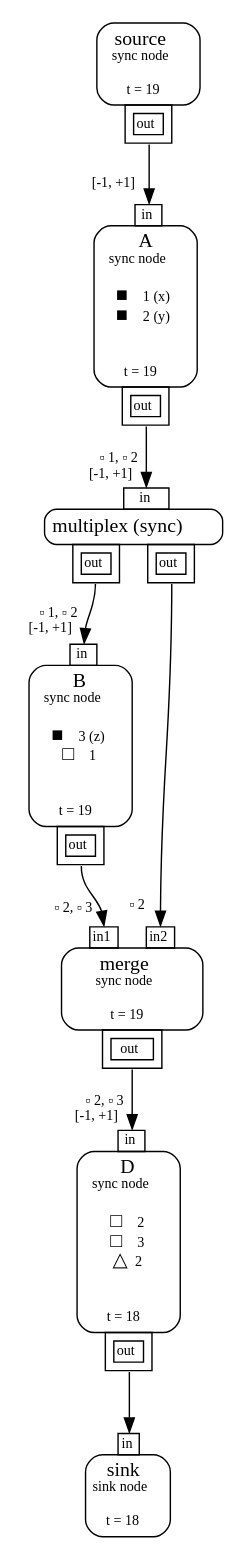
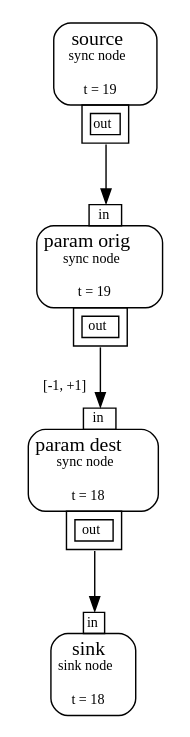
One commit to dbonattoj/mf changed the diagram in gr.gv. Above: the diagram before and after it, drawn with Graphviz. The commit also changed 18 other files, not shown here.

```diff
--- a/gr.gv
+++ b/gr.gv
@@ -1,33 +1,20 @@
 digraph G{
 	rankdir=TB
 	node0 [shape=plaintext label=<
 <TABLE BORDER="0" CELLBORDER="0" CELLSPACING="0" CELLPADDING="0"><TR><TD COLSPAN="1" BORDER="1" STYLE="ROUNDED" CELLPADDING="4" COLOR="black">source<BR/><FONT POINT-SIZE="10">sync node</FONT><BR/><BR/><FONT POINT-SIZE="10">t = 19</FONT></TD></TR><TR><TD COLSPAN="1" BORDER="0"><TABLE BORDER="0" CELLBORDER="0" CELLSPACING="0" CELLPADDING="0"><TR><TD WIDTH="20"></TD><TD BORDER="1" CELLPADDING="3" PORT="out1" COLOR="black"><TABLE BORDER="0" CELLSPACING="2"><TR CELLPADDING="1"><TD BORDER="1" CELLPADDING="1"><FONT POINT-SIZE="10">out</FONT></TD></TR></TABLE></TD><TD WIDTH="20"></TD></TR></TABLE></TD></TR></TABLE>
 >];
 	node2 [shape=plaintext label=<
-<TABLE BORDER="0" CELLBORDER="0" CELLSPACING="0" CELLPADDING="0"><TR><TD WIDTH="20"></TD><TD BORDER="1" CELLPADDING="1" PORT="in3" COLOR="black"><FONT POINT-SIZE="10">in</FONT></TD><TD WIDTH="20"></TD></TR><TR><TD COLSPAN="3" BORDER="1" STYLE="ROUNDED" CELLPADDING="4" COLOR="black">A<BR/><FONT POINT-SIZE="10">sync node</FONT><BR/><BR/>&#x25A0; <FONT POINT-SIZE="10">1 (x)</FONT><BR/>&#x25A0; <FONT POINT-SIZE="10">2 (y)</FONT><BR/><BR/><BR/><FONT POINT-SIZE="10">t = 19</FONT></TD></TR><TR><TD COLSPAN="3" BORDER="0"><TABLE BORDER="0" CELLBORDER="0" CELLSPACING="0" CELLPADDING="0"><TR><TD WIDTH="20"></TD><TD BORDER="1" CELLPADDING="3" PORT="out4" COLOR="black"><TABLE BORDER="0" CELLSPACING="2"><TR CELLPADDING="1"><TD BORDER="1" CELLPADDING="1"><FONT POINT-SIZE="10">out</FONT></TD></TR></TABLE></TD><TD WIDTH="20"></TD></TR></TABLE></TD></TR></TABLE>
+<TABLE BORDER="0" CELLBORDER="0" CELLSPACING="0" CELLPADDING="0"><TR><TD WIDTH="20"></TD><TD BORDER="1" CELLPADDING="1" PORT="in3" COLOR="black"><FONT POINT-SIZE="10">in</FONT></TD><TD WIDTH="20"></TD></TR><TR><TD COLSPAN="3" BORDER="1" STYLE="ROUNDED" CELLPADDING="4" COLOR="black">param orig<BR/><FONT POINT-SIZE="10">sync node</FONT><BR/><BR/><FONT POINT-SIZE="10">t = 19</FONT></TD></TR><TR><TD COLSPAN="3" BORDER="0"><TABLE BORDER="0" CELLBORDER="0" CELLSPACING="0" CELLPADDING="0"><TR><TD WIDTH="20"></TD><TD BORDER="1" CELLPADDING="3" PORT="out4" COLOR="black"><TABLE BORDER="0" CELLSPACING="2"><TR CELLPADDING="1"><TD BORDER="1" CELLPADDING="1"><FONT POINT-SIZE="10">out</FONT></TD></TR></TABLE></TD><TD WIDTH="20"></TD></TR></TABLE></TD></TR></TABLE>
 >];
 	node5 [shape=plaintext label=<
-<TABLE BORDER="0" CELLBORDER="0" CELLSPACING="0" CELLPADDING="0"><TR><TD WIDTH="20"></TD><TD BORDER="1" CELLPADDING="1" PORT="in6" COLOR="black"><FONT POINT-SIZE="10">in</FONT></TD><TD WIDTH="20"></TD></TR><TR><TD COLSPAN="3" BORDER="1" STYLE="ROUNDED" CELLPADDING="4" COLOR="black">multiplex (sync)</TD></TR><TR><TD COLSPAN="3" BORDER="0"><TABLE BORDER="0" CELLBORDER="0" CELLSPACING="0" CELLPADDING="0"><TR><TD WIDTH="20"></TD><TD BORDER="1" CELLPADDING="3" PORT="out7" COLOR="black"><TABLE BORDER="0" CELLSPACING="2"><TR CELLPADDING="1"><TD BORDER="1" CELLPADDING="1"><FONT POINT-SIZE="10">out</FONT></TD></TR></TABLE></TD><TD WIDTH="20"></TD><TD BORDER="1" CELLPADDING="3" PORT="out8" COLOR="black"><TABLE BORDER="0" CELLSPACING="2"><TR CELLPADDING="1"><TD BORDER="1" CELLPADDING="1"><FONT POINT-SIZE="10">out</FONT></TD></TR></TABLE></TD><TD WIDTH="20"></TD></TR></TABLE></TD></TR></TABLE>
+<TABLE BORDER="0" CELLBORDER="0" CELLSPACING="0" CELLPADDING="0"><TR><TD WIDTH="20"></TD><TD BORDER="1" CELLPADDING="1" PORT="in6" COLOR="black"><FONT POINT-SIZE="10">in</FONT></TD><TD WIDTH="20"></TD></TR><TR><TD COLSPAN="3" BORDER="1" STYLE="ROUNDED" CELLPADDING="4" COLOR="black">param dest<BR/><FONT POINT-SIZE="10">sync node</FONT><BR/><BR/><FONT POINT-SIZE="10">t = 18</FONT></TD></TR><TR><TD COLSPAN="3" BORDER="0"><TABLE BORDER="0" CELLBORDER="0" CELLSPACING="0" CELLPADDING="0"><TR><TD WIDTH="20"></TD><TD BORDER="1" CELLPADDING="3" PORT="out7" COLOR="black"><TABLE BORDER="0" CELLSPACING="2"><TR CELLPADDING="1"><TD BORDER="1" CELLPADDING="1"><FONT POINT-SIZE="10">out</FONT></TD></TR></TABLE></TD><TD WIDTH="20"></TD></TR></TABLE></TD></TR></TABLE>
 >];
-	node9 [shape=plaintext label=<
-<TABLE BORDER="0" CELLBORDER="0" CELLSPACING="0" CELLPADDING="0"><TR><TD WIDTH="20"></TD><TD BORDER="1" CELLPADDING="1" PORT="in10" COLOR="black"><FONT POINT-SIZE="10">in</FONT></TD><TD WIDTH="20"></TD></TR><TR><TD COLSPAN="3" BORDER="1" STYLE="ROUNDED" CELLPADDING="4" COLOR="black">B<BR/><FONT POINT-SIZE="10">sync node</FONT><BR/><BR/>&#x25A0; <FONT POINT-SIZE="10">3 (z)</FONT><BR/>&#x25A1; <FONT POINT-SIZE="10">1</FONT><BR/><BR/><BR/><FONT POINT-SIZE="10">t = 19</FONT></TD></TR><TR><TD COLSPAN="3" BORDER="0"><TABLE BORDER="0" CELLBORDER="0" CELLSPACING="0" CELLPADDING="0"><TR><TD WIDTH="20"></TD><TD BORDER="1" CELLPADDING="3" PORT="out11" COLOR="black"><TABLE BORDER="0" CELLSPACING="2"><TR CELLPADDING="1"><TD BORDER="1" CELLPADDING="1"><FONT POINT-SIZE="10">out</FONT></TD></TR></TABLE></TD><TD WIDTH="20"></TD></TR></TABLE></TD></TR></TABLE>
+	node8 [shape=plaintext label=<
+<TABLE BORDER="0" CELLBORDER="0" CELLSPACING="0" CELLPADDING="0"><TR><TD WIDTH="20"></TD><TD BORDER="1" CELLPADDING="1" PORT="in9" COLOR="black"><FONT POINT-SIZE="10">in</FONT></TD><TD WIDTH="20"></TD></TR><TR><TD COLSPAN="3" BORDER="1" STYLE="ROUNDED" CELLPADDING="4" COLOR="black">sink<BR/><FONT POINT-SIZE="10">sink node</FONT><BR/><BR/><FONT POINT-SIZE="10">t = 18</FONT></TD></TR></TABLE>
 >];
-	node12 [shape=plaintext label=<
-<TABLE BORDER="0" CELLBORDER="0" CELLSPACING="0" CELLPADDING="0"><TR><TD WIDTH="20"></TD><TD BORDER="1" CELLPADDING="1" PORT="in13" COLOR="black"><FONT POINT-SIZE="10">in1</FONT></TD><TD WIDTH="20"></TD><TD BORDER="1" CELLPADDING="1" PORT="in14" COLOR="black"><FONT POINT-SIZE="10">in2</FONT></TD><TD WIDTH="20"></TD></TR><TR><TD COLSPAN="5" BORDER="1" STYLE="ROUNDED" CELLPADDING="4" COLOR="black">merge<BR/><FONT POINT-SIZE="10">sync node</FONT><BR/><BR/><FONT POINT-SIZE="10">t = 19</FONT></TD></TR><TR><TD COLSPAN="5" BORDER="0"><TABLE BORDER="0" CELLBORDER="0" CELLSPACING="0" CELLPADDING="0"><TR><TD WIDTH="20"></TD><TD BORDER="1" CELLPADDING="3" PORT="out15" COLOR="black"><TABLE BORDER="0" CELLSPACING="2"><TR CELLPADDING="1"><TD BORDER="1" CELLPADDING="1"><FONT POINT-SIZE="10">out</FONT></TD></TR></TABLE></TD><TD WIDTH="20"></TD></TR></TABLE></TD></TR></TABLE>
->];
-	node16 [shape=plaintext label=<
-<TABLE BORDER="0" CELLBORDER="0" CELLSPACING="0" CELLPADDING="0"><TR><TD WIDTH="20"></TD><TD BORDER="1" CELLPADDING="1" PORT="in17" COLOR="black"><FONT POINT-SIZE="10">in</FONT></TD><TD WIDTH="20"></TD></TR><TR><TD COLSPAN="3" BORDER="1" STYLE="ROUNDED" CELLPADDING="4" COLOR="black">D<BR/><FONT POINT-SIZE="10">sync node</FONT><BR/><BR/>&#x25A1; <FONT POINT-SIZE="10">2</FONT><BR/>&#x25A1; <FONT POINT-SIZE="10">3</FONT><BR/>&#x25B3; <FONT POINT-SIZE="10">2</FONT><BR/><BR/><BR/><FONT POINT-SIZE="10">t = 18</FONT></TD></TR><TR><TD COLSPAN="3" BORDER="0"><TABLE BORDER="0" CELLBORDER="0" CELLSPACING="0" CELLPADDING="0"><TR><TD WIDTH="20"></TD><TD BORDER="1" CELLPADDING="3" PORT="out18" COLOR="black"><TABLE BORDER="0" CELLSPACING="2"><TR CELLPADDING="1"><TD BORDER="1" CELLPADDING="1"><FONT POINT-SIZE="10">out</FONT></TD></TR></TABLE></TD><TD WIDTH="20"></TD></TR></TABLE></TD></TR></TABLE>
->];
-	node19 [shape=plaintext label=<
-<TABLE BORDER="0" CELLBORDER="0" CELLSPACING="0" CELLPADDING="0"><TR><TD WIDTH="20"></TD><TD BORDER="1" CELLPADDING="1" PORT="in20" COLOR="black"><FONT POINT-SIZE="10">in</FONT></TD><TD WIDTH="20"></TD></TR><TR><TD COLSPAN="3" BORDER="1" STYLE="ROUNDED" CELLPADDING="4" COLOR="black">sink<BR/><FONT POINT-SIZE="10">sink node</FONT><BR/><BR/><FONT POINT-SIZE="10">t = 18</FONT></TD></TR></TABLE>
->];
-	node0:out1 -> node2:in3 [style="", arrowhead="normal", color=black, headlabel=<[-1, +1]     >, fontsize=10, labelangle=45, labeldistance=2.0, labelfontcolor=black];
-	node2:out4 -> node5:in6 [style="", arrowhead="normal", color=black, headlabel=<&#x25AB; 1, &#x25AB; 2<BR/>[-1, +1]     >, fontsize=10, labelangle=45, labeldistance=2.0, labelfontcolor=black];
-	node5:out7 -> node9:in10 [style="", arrowhead="normal", color=black, headlabel=<&#x25AB; 1, &#x25AB; 2<BR/>[-1, +1]     >, fontsize=10, labelangle=45, labeldistance=2.0, labelfontcolor=black];
-	node9:out11 -> node12:in13 [style="", arrowhead="normal", color=black, headlabel=<&#x25AB; 2, &#x25AB; 3<BR/>>, fontsize=10, labelangle=45, labeldistance=2.0, labelfontcolor=black];
-	node5:out8 -> node12:in14 [style="", arrowhead="normal", color=black, headlabel=<&#x25AB; 2<BR/>>, fontsize=10, labelangle=45, labeldistance=2.0, labelfontcolor=black];
-	node12:out15 -> node16:in17 [style="", arrowhead="normal", color=black, headlabel=<&#x25AB; 2, &#x25AB; 3<BR/>[-1, +1]     >, fontsize=10, labelangle=45, labeldistance=2.0, labelfontcolor=black];
-	node16:out18 -> node19:in20 [style="", arrowhead="normal", color=black, headlabel=<>, fontsize=10, labelangle=45, labeldistance=2.0, labelfontcolor=black];
+	node0:out1 -> node2:in3 [style="", arrowhead="normal", color=black, headlabel=<>, fontsize=10, labelangle=45, labeldistance=2.0, labelfontcolor=black];
+	node2:out4 -> node5:in6 [style="", arrowhead="normal", color=black, headlabel=<[-1, +1]     >, fontsize=10, labelangle=45, labeldistance=2.0, labelfontcolor=black];
+	node5:out7 -> node8:in9 [style="", arrowhead="normal", color=black, headlabel=<>, fontsize=10, labelangle=45, labeldistance=2.0, labelfontcolor=black];
 	{rank=source; node0}
-	{rank=sink; node19}
+	{rank=sink; node8}
 }
```
